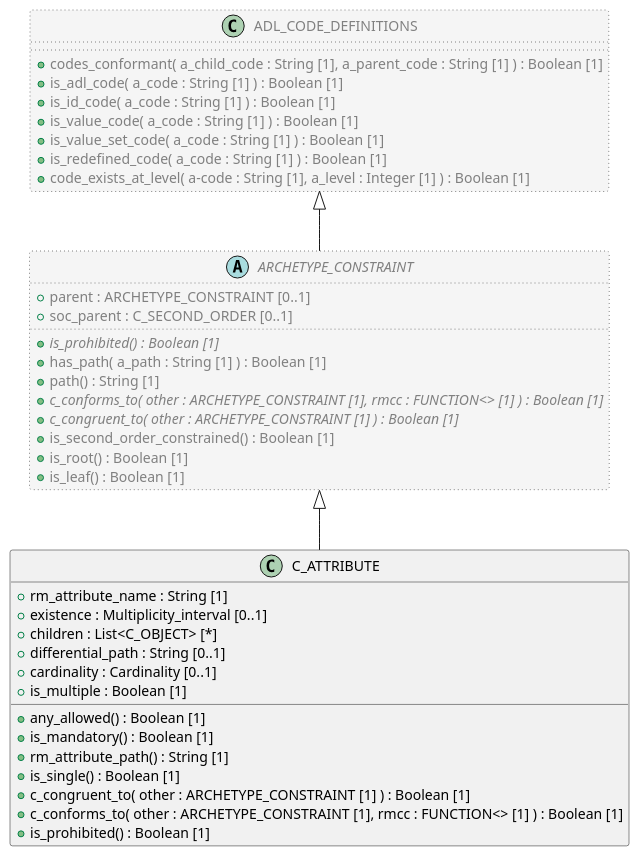
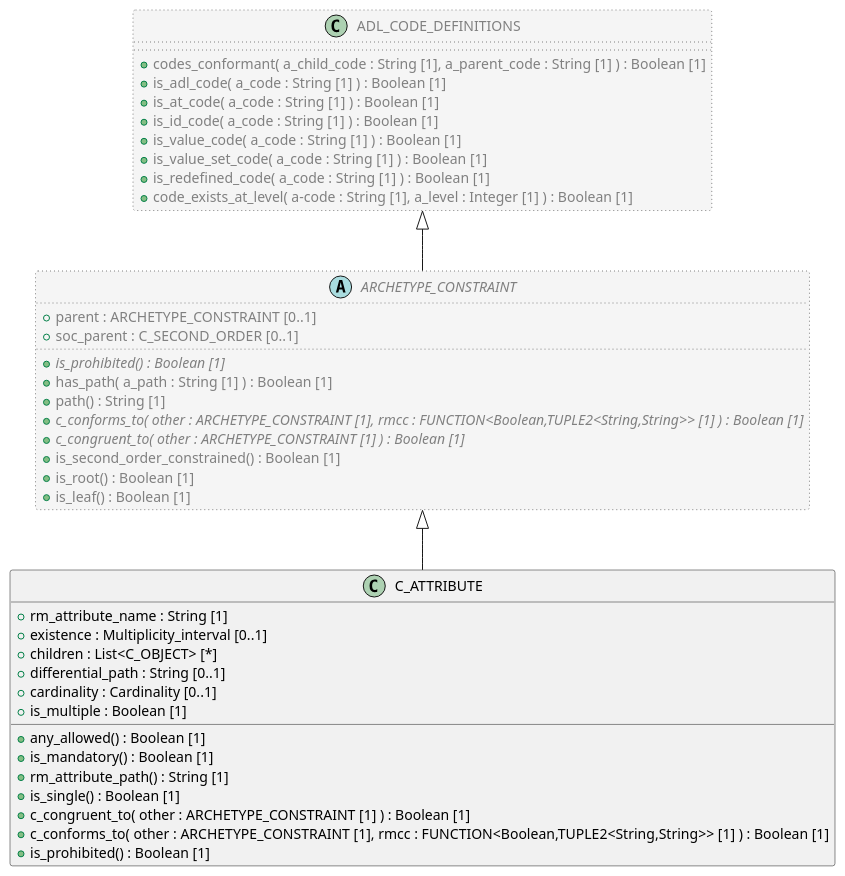
One commit to sebastian-iancu/code-generator changed the diagram in code/Adoc/openehr_am_2.4.0/plantUML/classes/aom2.c_attribute.adoc. Above: the diagram before and after it, drawn with PlantUML. The commit also changed 299 other files, not shown here.

```diff
--- a/code/Adoc/openehr_am_2.4.0/plantUML/classes/aom2.c_attribute.adoc
+++ b/code/Adoc/openehr_am_2.4.0/plantUML/classes/aom2.c_attribute.adoc
@@ -1,50 +1,51 @@
 [plantuml,C_ATTRIBUTE,format=svg]
 -----
 @startuml
 
 class C_ATTRIBUTE {
   + rm_attribute_name : String [1]
   + existence : Multiplicity_interval [0..1]
   + children : List<C_OBJECT> [*]
   + differential_path : String [0..1]
   + cardinality : Cardinality [0..1]
   + is_multiple : Boolean [1]
   + any_allowed() : Boolean [1]
   + is_mandatory() : Boolean [1]
   + rm_attribute_path() : String [1]
   + is_single() : Boolean [1]
   + c_congruent_to( other : ARCHETYPE_CONSTRAINT [1] ) : Boolean [1]
-  + c_conforms_to( other : ARCHETYPE_CONSTRAINT [1], rmcc : FUNCTION<> [1] ) : Boolean [1]
+  + c_conforms_to( other : ARCHETYPE_CONSTRAINT [1], rmcc : FUNCTION<Boolean,TUPLE2<String,String>> [1] ) : Boolean [1]
   + is_prohibited() : Boolean [1]
 }
 
 abstract class ARCHETYPE_CONSTRAINT  #whitesmoke;line:gray;line.dotted;text:gray {
   + parent : ARCHETYPE_CONSTRAINT [0..1]
   + soc_parent : C_SECOND_ORDER [0..1]
   + {abstract} is_prohibited() : Boolean [1]
   + has_path( a_path : String [1] ) : Boolean [1]
   + path() : String [1]
-  + {abstract} c_conforms_to( other : ARCHETYPE_CONSTRAINT [1], rmcc : FUNCTION<> [1] ) : Boolean [1]
+  + {abstract} c_conforms_to( other : ARCHETYPE_CONSTRAINT [1], rmcc : FUNCTION<Boolean,TUPLE2<String,String>> [1] ) : Boolean [1]
   + {abstract} c_congruent_to( other : ARCHETYPE_CONSTRAINT [1] ) : Boolean [1]
   + is_second_order_constrained() : Boolean [1]
   + is_root() : Boolean [1]
   + is_leaf() : Boolean [1]
 }
 
 class ADL_CODE_DEFINITIONS  #whitesmoke;line:gray;line.dotted;text:gray {
   + codes_conformant( a_child_code : String [1], a_parent_code : String [1] ) : Boolean [1]
   + is_adl_code( a_code : String [1] ) : Boolean [1]
+  + is_at_code( a_code : String [1] ) : Boolean [1]
   + is_id_code( a_code : String [1] ) : Boolean [1]
   + is_value_code( a_code : String [1] ) : Boolean [1]
   + is_value_set_code( a_code : String [1] ) : Boolean [1]
   + is_redefined_code( a_code : String [1] ) : Boolean [1]
   + code_exists_at_level( a-code : String [1], a_level : Integer [1] ) : Boolean [1]
 }
 
 ADL_CODE_DEFINITIONS <|-- ARCHETYPE_CONSTRAINT
 
 ARCHETYPE_CONSTRAINT <|-- C_ATTRIBUTE
 
 
 @enduml
 -----
```
